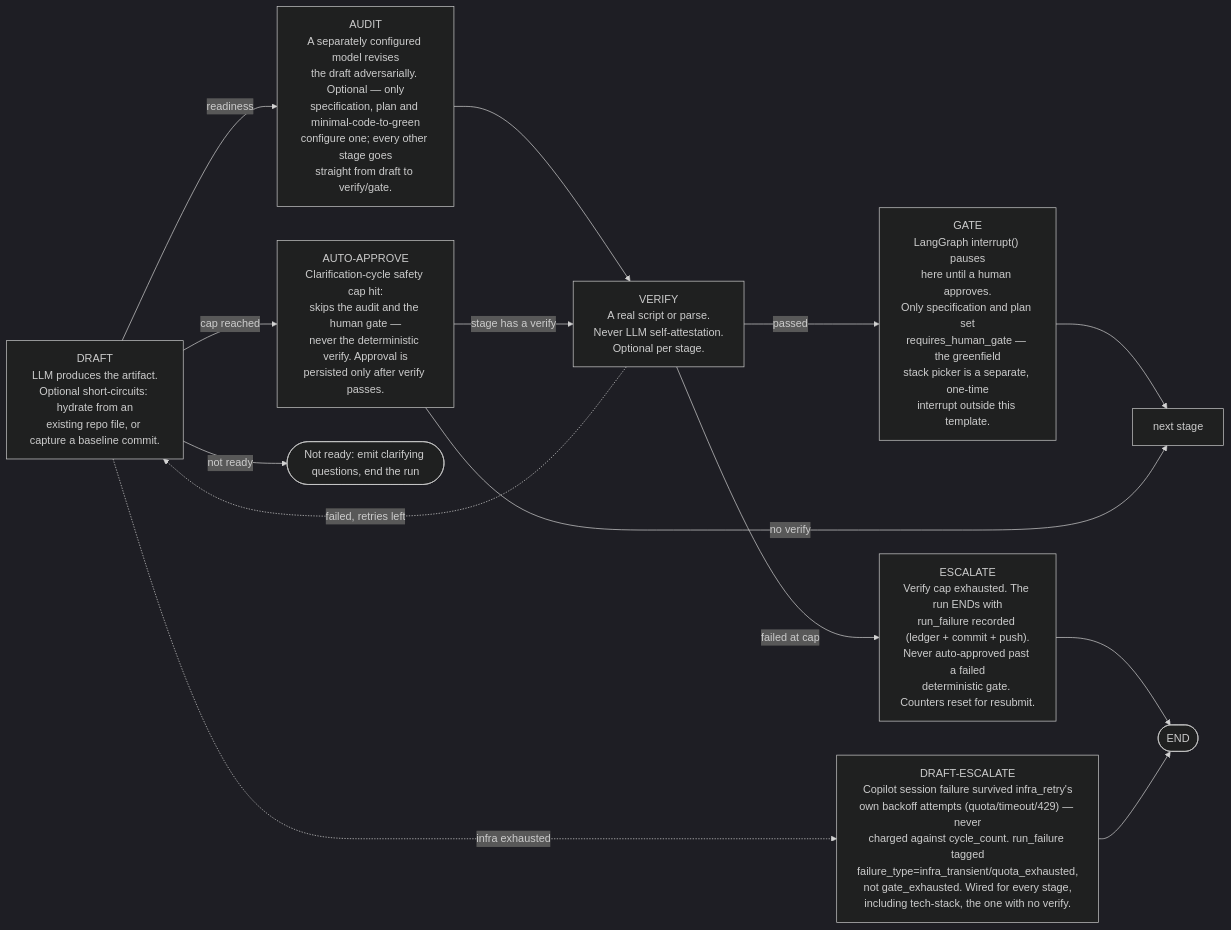
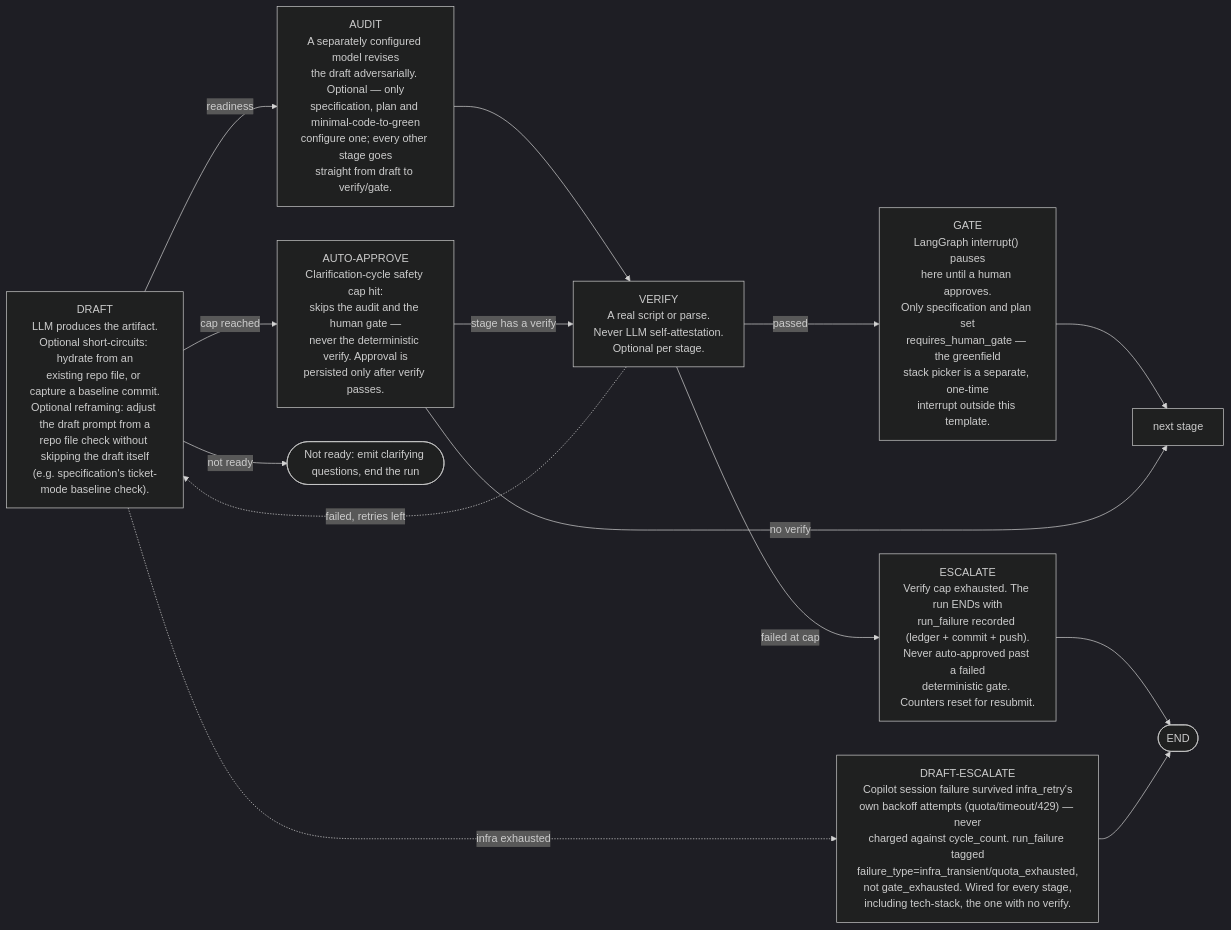
Before and after one commit to bancroftway/ai-dev-workflow: the second of 2 diagrams in README.md, drawn with Mermaid (dark theme). The commit also changed other lines of this file and 10 other files, not shown here.

````diff
--- a/README.md
+++ b/README.md
@@ -120,25 +120,25 @@
 ```mermaid
 flowchart LR
-    d["DRAFT<br/>LLM produces the artifact.<br/>Optional short-circuits: hydrate from an<br/>existing repo file, or capture a baseline commit."]
+    d["DRAFT<br/>LLM produces the artifact.<br/>Optional short-circuits: hydrate from an<br/>existing repo file, or capture a baseline commit.<br/>Optional reframing: adjust the draft prompt from a<br/>repo file check without skipping the draft itself<br/>(e.g. specification's ticket-mode baseline check)."]
     a["AUDIT<br/>A separately configured model revises<br/>the draft adversarially. Optional — only<br/>specification, plan and minimal-code-to-green<br/>configure one; every other stage goes<br/>straight from draft to verify/gate."]
     v["VERIFY<br/>A real script or parse.<br/>Never LLM self-attestation.<br/>Optional per stage."]
     g["GATE<br/>LangGraph interrupt() pauses<br/>here until a human approves.<br/>Only specification and plan set<br/>requires_human_gate — the greenfield<br/>stack picker is a separate, one-time<br/>interrupt outside this template."]
     aa["AUTO-APPROVE<br/>Clarification-cycle safety cap hit:<br/>skips the audit and the human gate —<br/>never the deterministic verify. Approval is<br/>persisted only after verify passes."]
     e["ESCALATE<br/>Verify cap exhausted. The run ENDs with<br/>run_failure recorded (ledger + commit + push).<br/>Never auto-approved past a failed<br/>deterministic gate. Counters reset for resubmit."]
     ie["DRAFT-ESCALATE<br/>Copilot session failure survived infra_retry's<br/>own backoff attempts (quota/timeout/429) — never<br/>charged against cycle_count. run_failure tagged<br/>failure_type=infra_transient/quota_exhausted,<br/>not gate_exhausted. Wired for every stage,<br/>including tech-stack, the one with no verify."]
     q(["Not ready: emit clarifying questions, end the run"])
 
     d -->|readiness| a
     d -->|cap reached| aa
     d -->|not ready| q
     d -.->|infra exhausted| ie
     a --> v
     v -->|passed| g
     v -.->|failed, retries left| d
     v -->|failed at cap| e
     e --> theend(["END"])
     ie --> theend
     g --> next["next stage"]
     aa -->|stage has a verify| v
     aa -->|no verify| next
 ```
````
